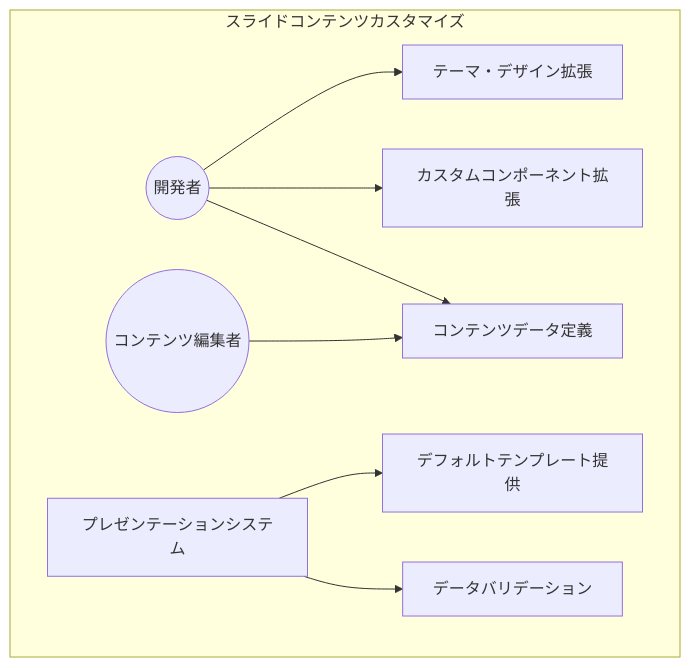
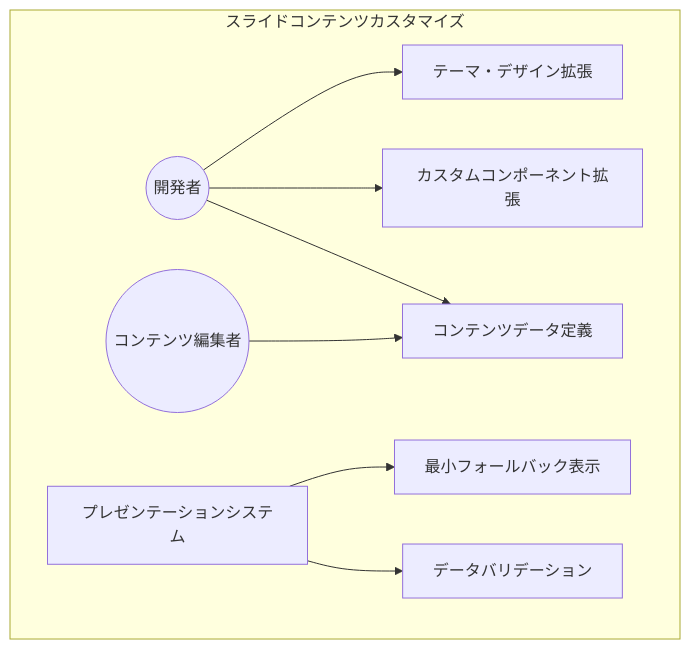
The first of 8 diagrams in .sdd/requirement/slide-content-customization.md (ToshikiImagawa/slide-presentation-app), drawn with Mermaid before and after one commit. The commit also changed other lines of this file and 25 other files, not shown here.

````diff
--- a/.sdd/requirement/slide-content-customization.md
+++ b/.sdd/requirement/slide-content-customization.md
@@ -78,20 +78,20 @@
 ```mermaid
 graph TB
     subgraph "スライドコンテンツカスタマイズ"
         Developer((開発者))
         ContentEditor((コンテンツ編集者))
         System[プレゼンテーションシステム]
         DataDef[コンテンツデータ定義]
         ThemeCustom["テーマ・デザイン拡張"]
         ComponentExt[カスタムコンポーネント拡張]
-        DefaultTemplate[デフォルトテンプレート提供]
+        DefaultTemplate[最小フォールバック表示]
         DataValidation[データバリデーション]
     end
 
     Developer --> ThemeCustom
     Developer --> ComponentExt
     Developer --> DataDef
     ContentEditor --> DataDef
     System --> DefaultTemplate
     System --> DataValidation
 ```
````
